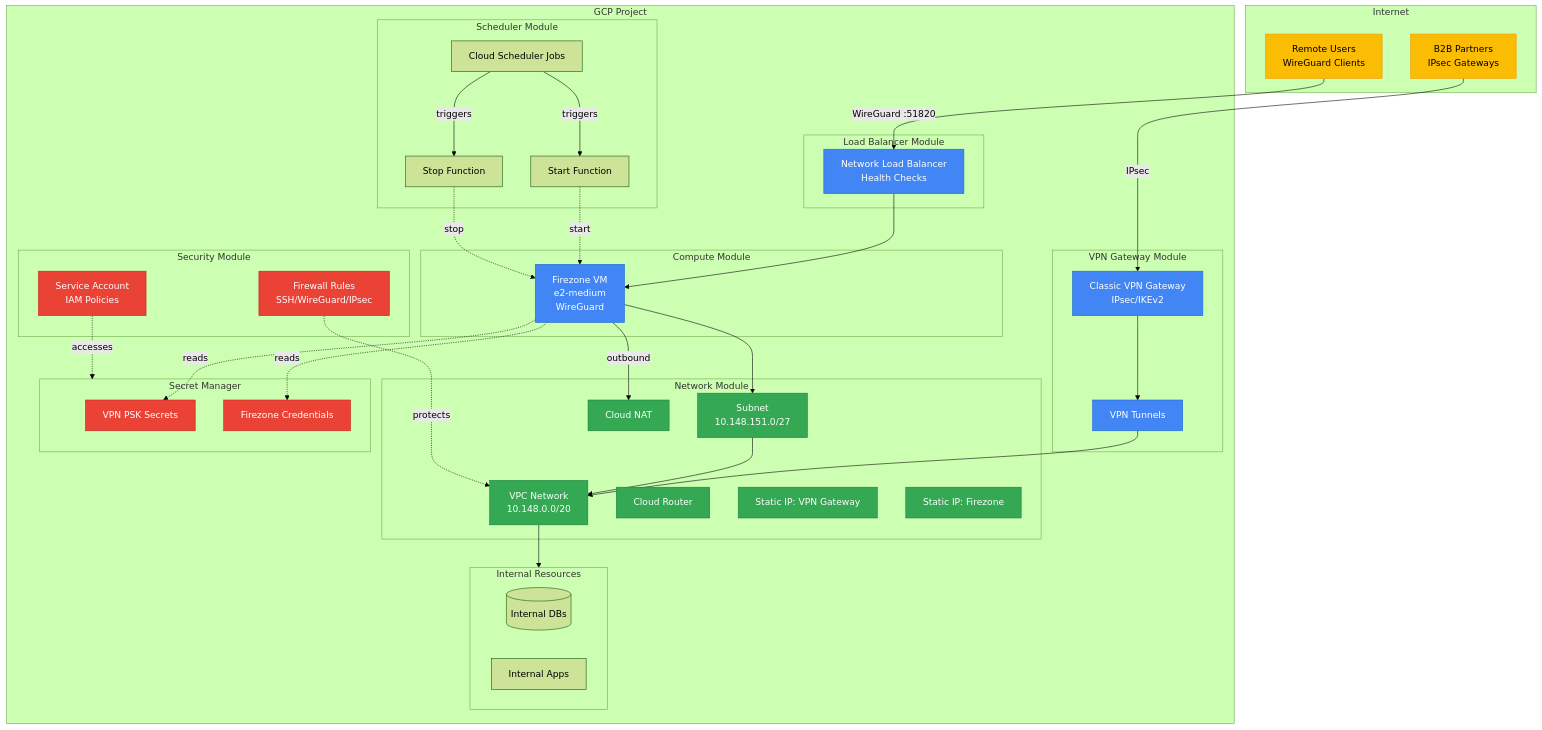
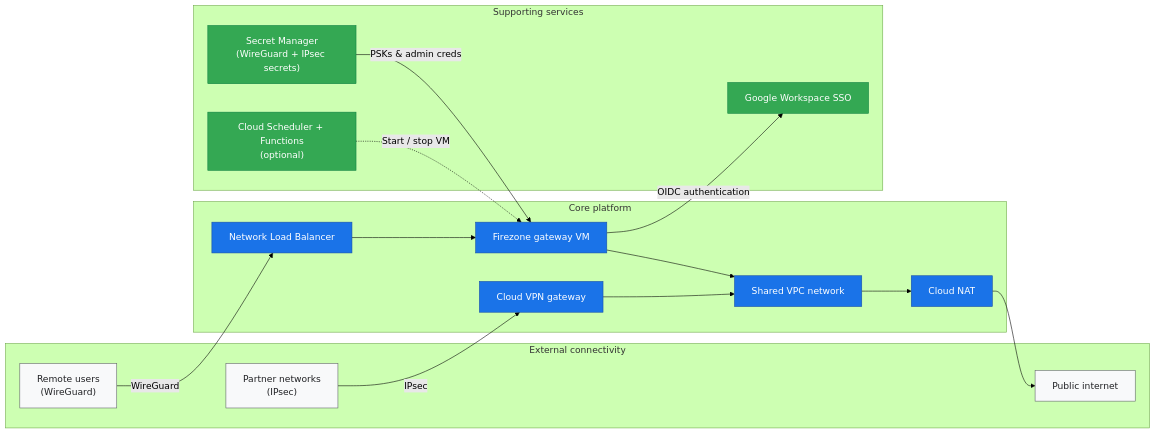
Before and after one commit to dieguezz/terraform-gcp-vpn: the diagram in README.md, drawn with Mermaid (forest theme). The commit also changed other lines of this file and 3 other files, not shown here.

````diff
--- a/README.md
+++ b/README.md
@@ -24,80 +31,44 @@
 ```mermaid
-graph TB
-    subgraph Internet
-        Users[Remote Users<br/>WireGuard Clients]
-        Partners[B2B Partners<br/>IPsec Gateways]
-    end
-    
-  subgraph GCP["GCP Project"]
-        subgraph LB[Load Balancer Module]
-            NLB[Network Load Balancer<br/>Health Checks]
-        end
-        
-        subgraph VPN[VPN Gateway Module]
-            Gateway[Classic VPN Gateway<br/>IPsec/IKEv2]
-            Tunnel[VPN Tunnels]
-        end
-        
-        subgraph Network[Network Module]
-            VPC[VPC Network<br/>10.148.0.0/20]
-            Subnet[Subnet<br/>10.148.151.0/27]
-            NAT[Cloud NAT]
-            Router[Cloud Router]
-            IP1[Static IP: VPN Gateway]
-            IP2[Static IP: Firezone]
-        end
-        
-        subgraph Compute[Compute Module]
-            VM[Firezone VM<br/>e2-medium<br/>WireGuard]
-        end
-        
-        subgraph Security[Security Module]
-            FW[Firewall Rules<br/>SSH/WireGuard/IPsec]
-            SA[Service Account<br/>IAM Policies]
-        end
-        
-        subgraph Secrets[Secret Manager]
-            PSK[VPN PSK Secrets]
-            Creds[Firezone Credentials]
-        end
-        
-        subgraph Scheduler[Scheduler Module]
-            Jobs[Cloud Scheduler Jobs]
-            StartFn[Start Function]
-            StopFn[Stop Function]
-        end
-        
-        subgraph Internal[Internal Resources]
-            DB[(Internal DBs)]
-            Apps[Internal Apps]
-        end
-    end
-    
-    Users -->|WireGuard :51820| NLB
-    NLB --> VM
-    Partners -->|IPsec| Gateway
-    Gateway --> Tunnel
-    Tunnel --> VPC
-    VM --> Subnet
-    Subnet --> VPC
-    VPC --> Internal
-    VM -.->|reads| PSK
-    VM -.->|reads| Creds
-    SA -.->|accesses| Secrets
-    FW -.->|protects| VPC
-    Jobs -->|triggers| StartFn
-    Jobs -->|triggers| StopFn
-    StartFn -.->|start| VM
-    StopFn -.->|stop| VM
-    VM -->|outbound| NAT
-    
-    classDef gcpResource fill:#4285f4,stroke:#1967d2,color:#fff
-    classDef securityResource fill:#ea4335,stroke:#c5221f,color:#fff
-    classDef networkResource fill:#34a853,stroke:#188038,color:#fff
-    classDef externalResource fill:#fbbc04,stroke:#f29900,color:#000
-    
-    class VM,NLB,Gateway,Tunnel gcpResource
-    class FW,SA,PSK,Creds securityResource
-    class VPC,Subnet,NAT,Router,IP1,IP2 networkResource
-    class Users,Partners externalResource
+flowchart LR
+  %% External connectivity
+  subgraph External["External connectivity"]
+    RemoteUsers["Remote users<br/>(WireGuard)"]
+    PartnerNetworks["Partner networks<br/>(IPsec)"]
+    PublicInternet["Public internet"]
+  end
+
+  %% Core platform
+  subgraph Core["Core platform"]
+    NLB["Network Load Balancer"]
+    FirezoneVM["Firezone gateway VM"]
+    VPC["Shared VPC network"]
+    CloudVPN["Cloud VPN gateway"]
+    CloudNAT["Cloud NAT"]
+  end
+
+  %% Supporting services
+  subgraph Support["Supporting services"]
+    GoogleWorkspace["Google Workspace SSO"]
+    SecretManager["Secret Manager<br/>(WireGuard + IPsec secrets)"]
+    Scheduler["Cloud Scheduler + Functions<br/>(optional)"]
+  end
+
+  %% Primary flows
+  RemoteUsers -->|WireGuard| NLB --> FirezoneVM --> VPC
+  PartnerNetworks -->|IPsec| CloudVPN --> VPC
+  VPC --> CloudNAT --> PublicInternet
+
+  %% Integrations
+  FirezoneVM -->|OIDC authentication| GoogleWorkspace
+  SecretManager -->|PSKs & admin creds| FirezoneVM
+  Scheduler -.->|Start / stop VM| FirezoneVM
+
+  %% Styling
+  classDef primary fill:#1a73e8,stroke:#174ea6,color:#ffffff;
+  classDef external fill:#f8f9fa,stroke:#5f6368,color:#202124;
+  classDef support fill:#34a853,stroke:#0c8040,color:#ffffff;
+
+  class NLB,FirezoneVM,VPC,CloudVPN,CloudNAT primary;
+  class RemoteUsers,PartnerNetworks,PublicInternet external;
+  class GoogleWorkspace,SecretManager,Scheduler support;
 ```
````
